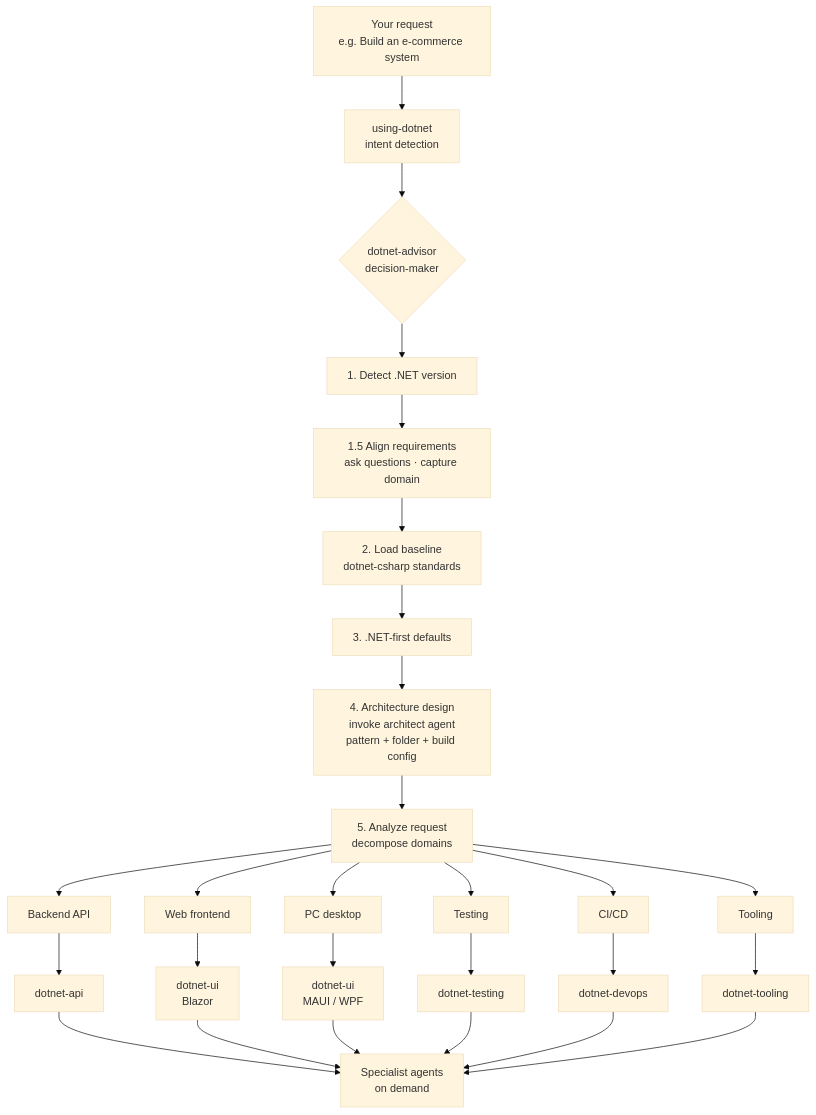
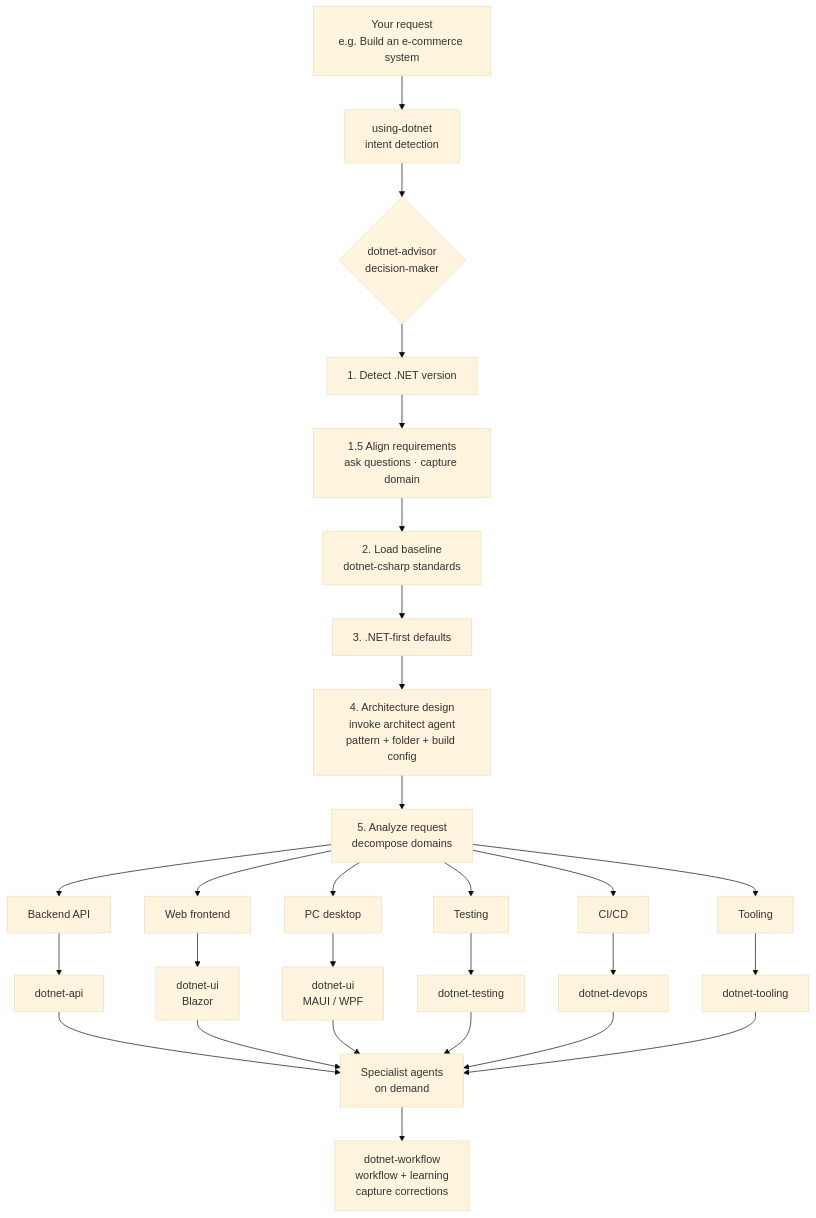
The diagram in README.en.md (YataoFeng/dotnet-artisan), drawn with Mermaid (base theme) before and after one commit. The commit also changed other lines of this file and 1 other file, not shown here.

Commit message:
docs: add learning example to README scenarios, add dotnet-workflow to flowchart, add learning trigger to agent table

````diff
--- a/README.en.md
+++ b/README.en.md
@@ -50,29 +50,30 @@
 ```mermaid
 flowchart TD
     A[Your request<br/>e.g. Build an e-commerce system] --> B[using-dotnet<br/>intent detection]
     B --> C{dotnet-advisor<br/>decision-maker}
     C --> D[1. Detect .NET version]
     D --> E[1.5 Align requirements<br/>ask questions · capture domain]
     E --> F[2. Load baseline<br/>dotnet-csharp standards]
     F --> G[3. .NET-first defaults]
     G --> H[4. Architecture design<br/>invoke architect agent<br/>pattern + folder + build config]
     H --> I[5. Analyze request<br/>decompose domains]
     I --> I1[Backend API]
     I --> I2[Web frontend]
     I --> I3[PC desktop]
     I --> I4[Testing]
     I --> I5[CI/CD]
     I --> I6[Tooling]
     I1 --> J1[dotnet-api]
     I2 --> J2[dotnet-ui<br/>Blazor]
     I3 --> J3[dotnet-ui<br/>MAUI / WPF]
     I4 --> J4[dotnet-testing]
     I5 --> J5[dotnet-devops]
     I6 --> J6[dotnet-tooling]
     J1 --> K[Specialist agents<br/>on demand]
     J2 --> K
     J3 --> K
     J4 --> K
     J5 --> K
     J6 --> K
+    K --> L[dotnet-workflow<br/>workflow + learning<br/>capture corrections]
 ```
````
